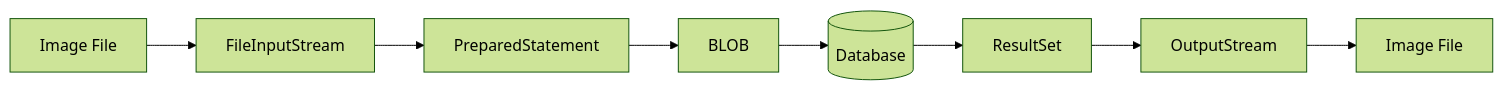
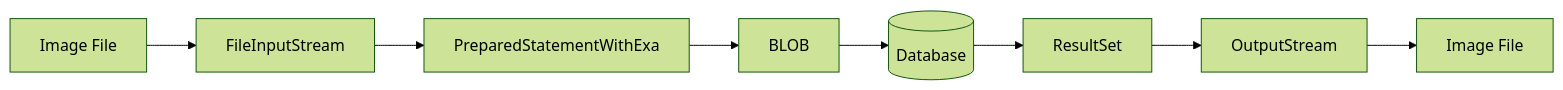
The tenth of 11 diagrams in README.md (kundankumarsharma56/JDBC-Learning), drawn with Mermaid (forest theme) before and after one commit. The commit also changed other lines of this file and 129 other files, not shown here.

````diff
--- a/README.md
+++ b/README.md
@@ -323,11 +323,11 @@
 ```mermaid
 flowchart LR
     FILE["Image File"] --> INPUT["FileInputStream"]
-    INPUT --> JDBC["PreparedStatement"]
+    INPUT --> JDBC["PreparedStatementWithExa"]
     JDBC --> BLOB["BLOB"]
     BLOB --> DB[("Database")]
 
     DB --> RS["ResultSet"]
     RS --> OUTPUT["OutputStream"]
     OUTPUT --> IMAGE["Image File"]
 ```
````
